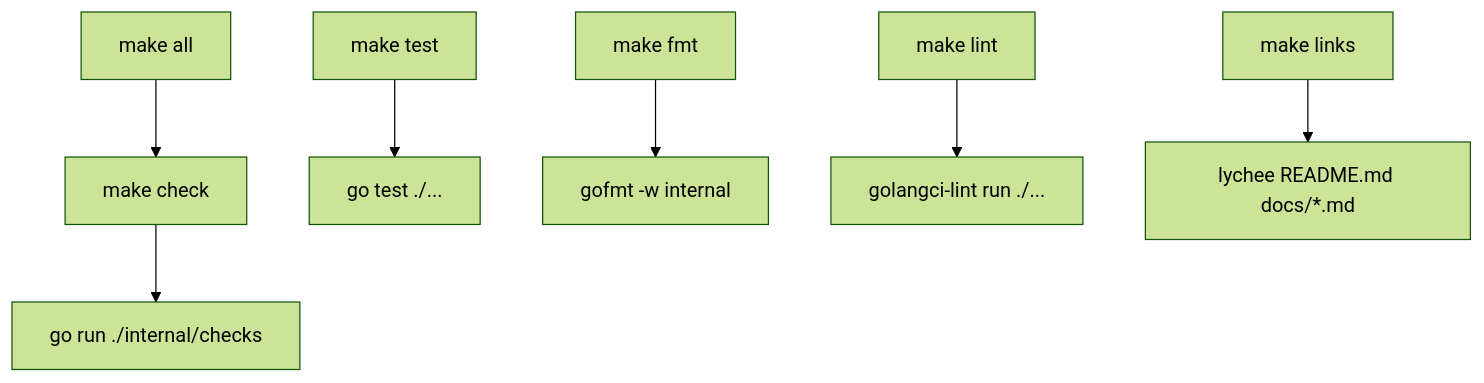
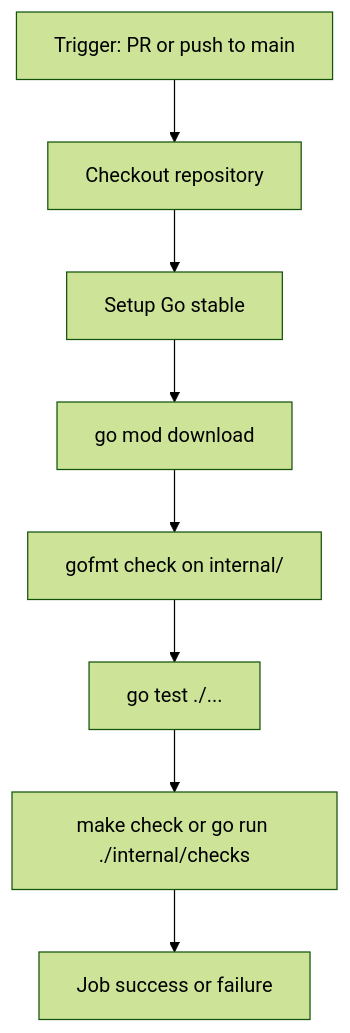
The diagram in prd.md (portpowered/awesome-agent-factories), drawn with Mermaid (forest theme) before and after one commit. The commit also changed other lines of this file and 2 other files, not shown here.

````diff
--- a/prd.md
+++ b/prd.md
@@ -160,9 +132,10 @@
 ```mermaid
 flowchart TD
-  all[make all] --> check[make check]
-  check --> goRun["go run ./internal/checks"]
-  test[make test] --> goTest["go test ./..."]
-  fmt[make fmt] --> gofmt["gofmt -w internal"]
-  lint[make lint] --> golangci["golangci-lint run ./..."]
-  links[make links] --> lychee["lychee README.md docs/*.md"]
+  A[Trigger: PR or push to main] --> B[Checkout repository]
+  B --> C[Setup Go stable]
+  C --> D[go mod download]
+  D --> E[gofmt check on internal/]
+  E --> F[go test ./...]
+  F --> G[make check or go run ./internal/checks]
+  G --> H[Job success or failure]
 ```
````
